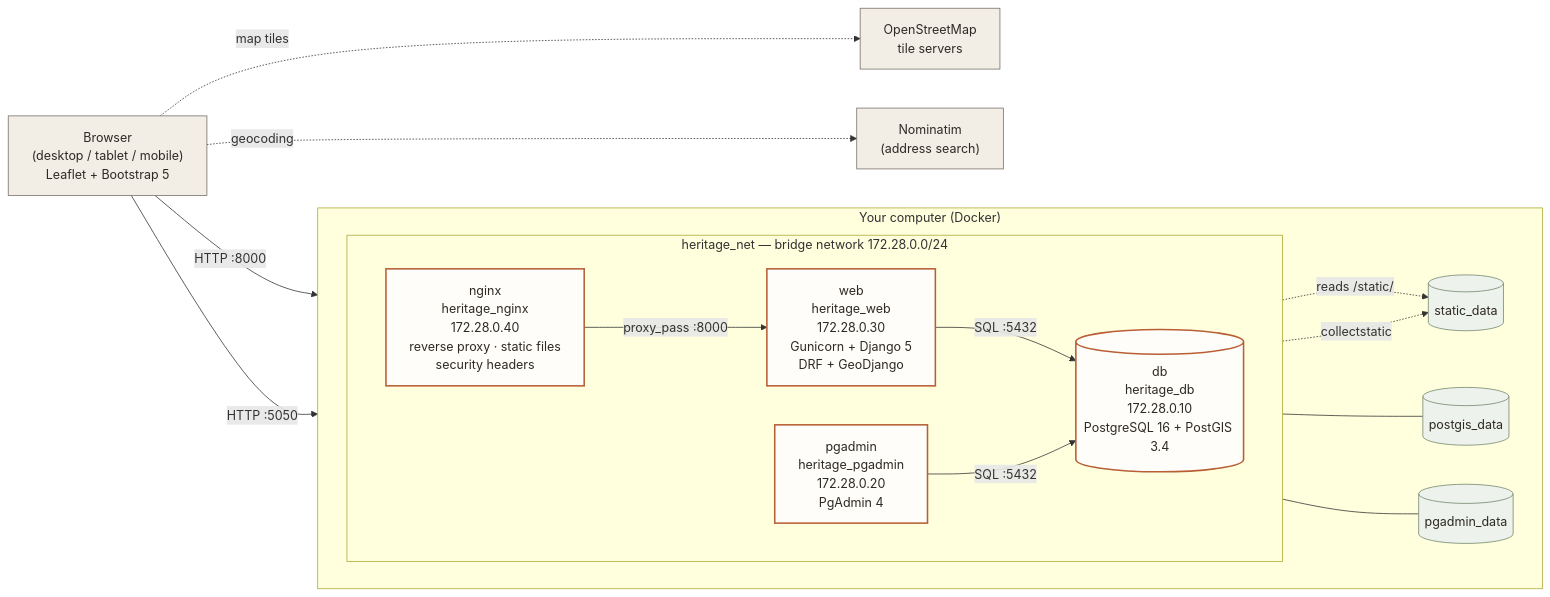
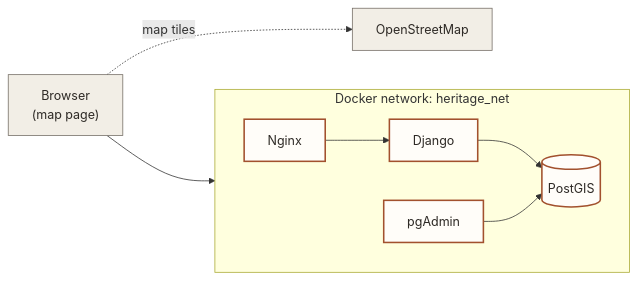
Before and after one commit to alexandrabud22/hello-map-dublin: the diagram in heritageconnect/docs/diagrams/architecture.mmd, drawn with Mermaid. The commit also changed 3 other files, not shown here.

Commit message:
Simpler diagrams

```diff
--- a/heritageconnect/docs/diagrams/architecture.mmd
+++ b/heritageconnect/docs/diagrams/architecture.mmd
@@ -1,37 +1,17 @@
 flowchart LR
-    U["Browser<br/>(desktop / tablet / mobile)<br/>Leaflet + Bootstrap 5"]
-    OSM["OpenStreetMap<br/>tile servers"]
-    NOM["Nominatim<br/>(address search)"]
+    U["Browser<br/>(map page)"]
+    subgraph NET["Docker network: heritage_net"]
+        direction LR
+        NG["Nginx"]
+        WEB["Django"]
+        DB[("PostGIS")]
+        PGA["pgAdmin"]
+    end
+    U --> NG --> WEB --> DB
+    PGA --> DB
+    U -. "map tiles" .-> OSM["OpenStreetMap"]
 
-    subgraph HOST["Your computer (Docker)"]
-        direction LR
-        subgraph NET["heritage_net — bridge network 172.28.0.0/24"]
-            direction LR
-            NG["nginx<br/>heritage_nginx<br/>172.28.0.40<br/>reverse proxy · static files<br/>security headers"]
-            WEB["web<br/>heritage_web<br/>172.28.0.30<br/>Gunicorn + Django 5<br/>DRF + GeoDjango"]
-            DB[("db<br/>heritage_db<br/>172.28.0.10<br/>PostgreSQL 16 + PostGIS 3.4")]
-            PGA["pgadmin<br/>heritage_pgadmin<br/>172.28.0.20<br/>PgAdmin 4"]
-        end
-        V1[("postgis_data")]
-        V2[("static_data")]
-        V3[("pgadmin_data")]
-    end
-
-    U -- "HTTP :8000" --> NG
-    U -- "HTTP :5050" --> PGA
-    U -. "map tiles" .-> OSM
-    U -. "geocoding" .-> NOM
-    NG -- "proxy_pass :8000" --> WEB
-    NG -. "reads /static/" .-> V2
-    WEB -- "SQL :5432" --> DB
-    WEB -. "collectstatic" .-> V2
-    PGA -- "SQL :5432" --> DB
-    DB --- V1
-    PGA --- V3
-
+    classDef box fill:#fffdf9,stroke:#a2512e,stroke-width:2px,color:#2e2a26
     classDef ext fill:#f2eee6,stroke:#756e66,color:#2e2a26
-    classDef svc fill:#fffdf9,stroke:#b85f36,stroke-width:2px,color:#2e2a26
-    classDef vol fill:#eef2ec,stroke:#70866c,color:#2e2a26
-    class U,OSM,NOM ext
-    class NG,WEB,DB,PGA svc
-    class V1,V2,V3 vol
+    class NG,WEB,DB,PGA box
+    class U,OSM ext
```
